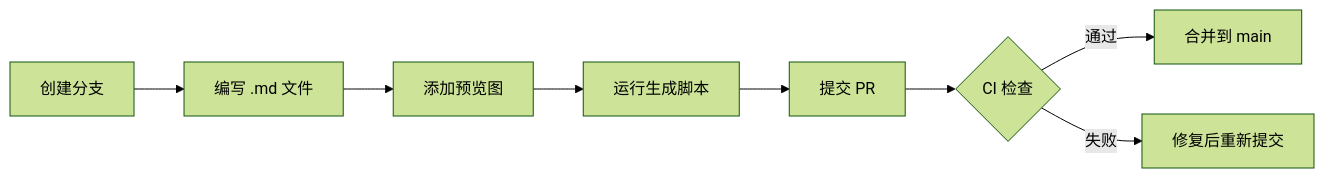
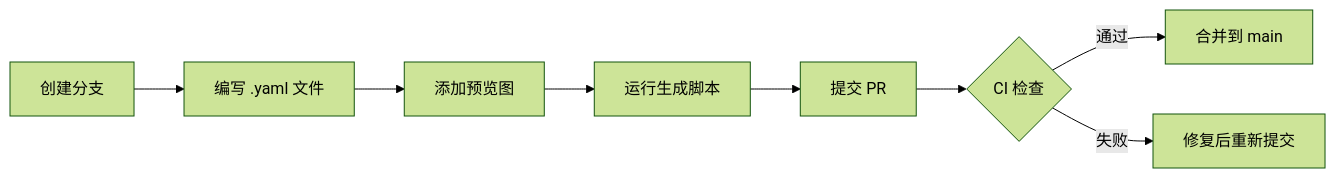
Before and after one commit to malongan/style-source: the diagram in CONTRIBUTING.md, drawn with Mermaid (forest theme). The commit also changed other lines of this file and 339 other files, not shown here.

````diff
--- a/CONTRIBUTING.md
+++ b/CONTRIBUTING.md
@@ -126,10 +126,10 @@
 ```mermaid
 flowchart LR
-    A[创建分支] --> B[编写 .md 文件]
+    A[创建分支] --> B[编写 .yaml 文件]
     B --> C[添加预览图]
     C --> D[运行生成脚本]
     D --> E[提交 PR]
     E --> F{CI 检查}
     F -->|通过| G[合并到 main]
     F -->|失败| H[修复后重新提交]
 ```
````
